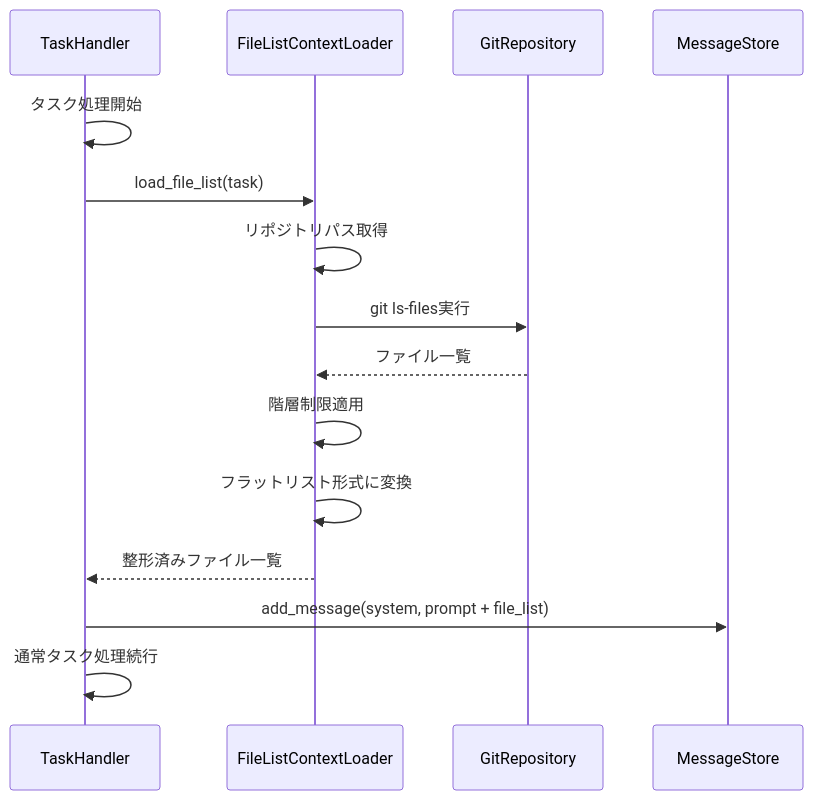
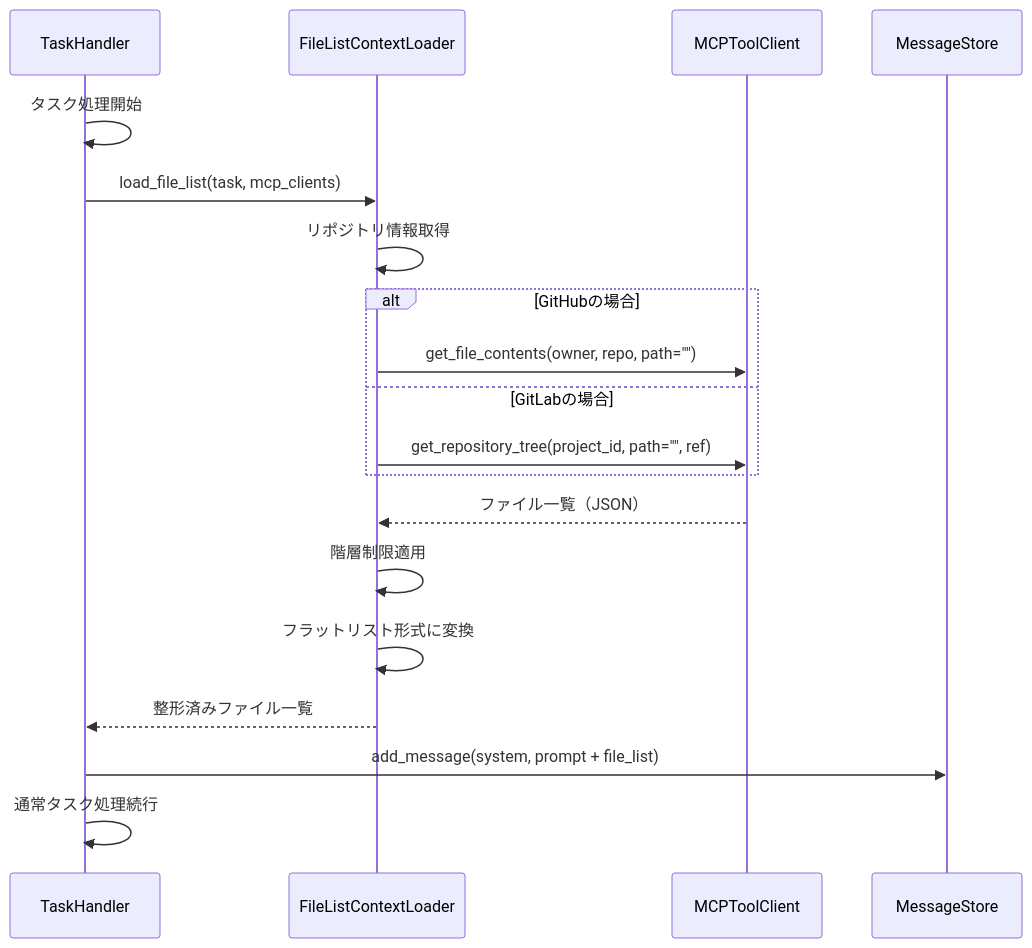
One commit to notfolder/coding_agent changed the second of 2 diagrams in docs/spec/PROJECT_FILE_LIST_CONTEXT_SPECIFICATION.md. Above: the diagram before and after it, drawn with Mermaid. The commit also changed other lines of this file, not shown here.

Commit message:
docs: GitHub/GitLab MCPを使用したファイル一覧取得に変更、フルパス形式を追加

````diff
--- a/docs/spec/PROJECT_FILE_LIST_CONTEXT_SPECIFICATION.md
+++ b/docs/spec/PROJECT_FILE_LIST_CONTEXT_SPECIFICATION.md
@@ -119,18 +127,22 @@
 ```mermaid
 sequenceDiagram
     participant TH as TaskHandler
     participant FLC as FileListContextLoader
-    participant Git as GitRepository
+    participant MCP as MCPToolClient
     participant MS as MessageStore
 
     TH->>TH: タスク処理開始
-    TH->>FLC: load_file_list(task)
-    FLC->>FLC: リポジトリパス取得
-    FLC->>Git: git ls-files実行
-    Git-->>FLC: ファイル一覧
+    TH->>FLC: load_file_list(task, mcp_clients)
+    FLC->>FLC: リポジトリ情報取得
+    alt GitHubの場合
+        FLC->>MCP: get_file_contents(owner, repo, path="")
+    else GitLabの場合
+        FLC->>MCP: get_repository_tree(project_id, path="", ref)
+    end
+    MCP-->>FLC: ファイル一覧（JSON）
     FLC->>FLC: 階層制限適用
     FLC->>FLC: フラットリスト形式に変換
     FLC-->>TH: 整形済みファイル一覧
     TH->>MS: add_message(system, prompt + file_list)
     TH->>TH: 通常タスク処理続行
 ```
````
